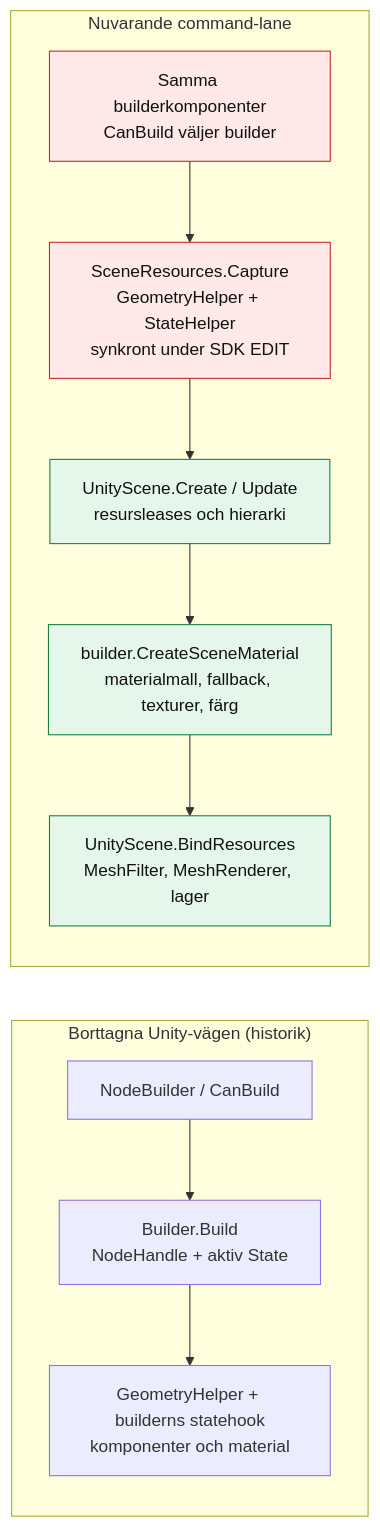
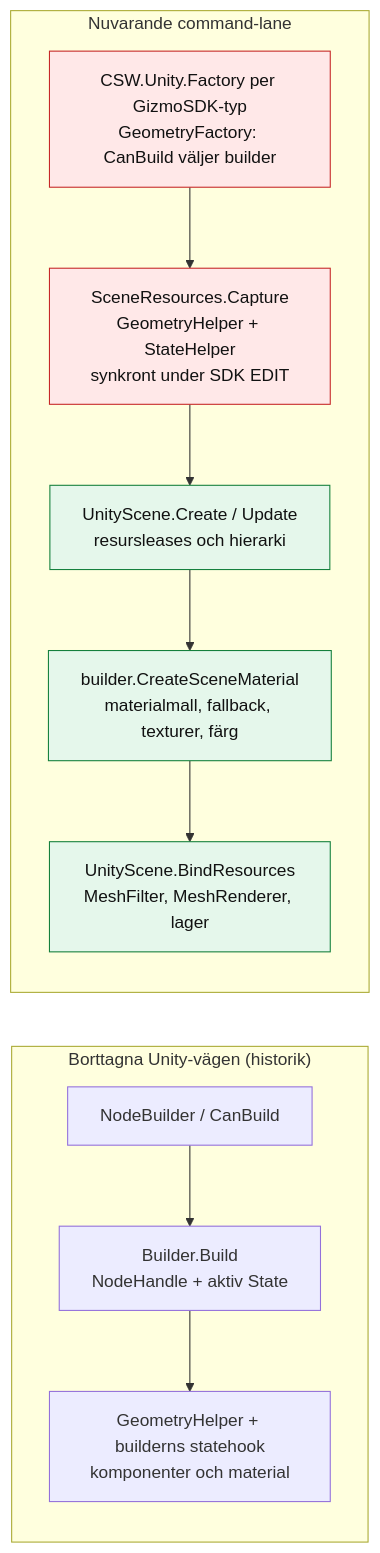
Before and after one commit to ToolTech/CSWUnity: the sixth of 12 diagrams in docs/design/command-loop-and-locks.md, drawn with Mermaid. The commit also changed other lines of this file and 465 other files, not shown here.

````diff
--- a/docs/design/command-loop-and-locks.md
+++ b/docs/design/command-loop-and-locks.md
@@ -354,23 +354,23 @@
 ```mermaid
 flowchart LR
     subgraph OLD["Borttagna Unity-vägen (historik)"]
         direction TB
         O0["NodeBuilder / CanBuild"]
         O1["Builder.Build<br/>NodeHandle + aktiv State"]
         O2["GeometryHelper + builderns statehook<br/>komponenter och material"]
         O0 --> O1 --> O2
     end
     subgraph CURRENT["Nuvarande command-lane"]
         direction TB
-        C0["Samma builderkomponenter<br/>CanBuild väljer builder"]
+        C0["CSW.Unity.Factory per GizmoSDK-typ<br/>GeometryFactory: CanBuild väljer builder"]
         C1["SceneResources.Capture<br/>GeometryHelper + StateHelper<br/>synkront under SDK EDIT"]
         C2["UnityScene.Create / Update<br/>resursleases och hierarki"]
         C3["builder.CreateSceneMaterial<br/>materialmall, fallback, texturer, färg"]
         C4["UnityScene.BindResources<br/>MeshFilter, MeshRenderer, lager"]
         C0 --> C1 --> C2 --> C3 --> C4
     end
     classDef edit fill:#ffe8e8,stroke:#c62828,color:#111;
     classDef publish fill:#e5f7eb,stroke:#15803d,color:#111;
     class C0,C1 edit;
     class C2,C3,C4 publish;
 ```
````
